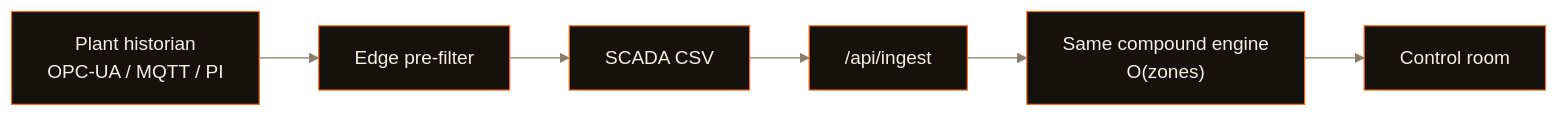
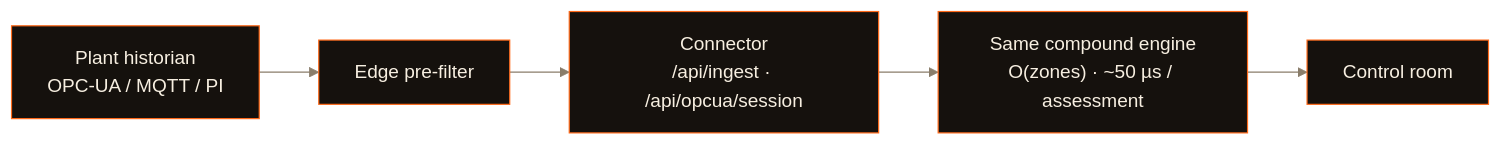
Before and after one commit to SaudSatopay/trinetra: the eighth of 8 diagrams in README.md, drawn with Mermaid. The commit also changed other lines of this file, not shown here.

First line of the commit message:
Polish the README: surface measured perf + fleet economics, fix the route count, add diagrams

````diff
--- a/README.md
+++ b/README.md
@@ -276,5 +389,5 @@
 ```mermaid
 %%{init: {'theme':'base','themeVariables':{'primaryColor':'#15110d','primaryTextColor':'#f7efe1','primaryBorderColor':'#ff6a1a','lineColor':'#8a7d6a','fontFamily':'ui-monospace, monospace'}}}%%
 flowchart LR
-  H["Plant historian<br/>OPC-UA / MQTT / PI"] --> E["Edge pre-filter"] --> C["SCADA CSV"] --> I["/api/ingest"] --> EN["Same compound engine<br/>O(zones)"] --> UI["Control room"]
+  H["Plant historian<br/>OPC-UA / MQTT / PI"] --> E["Edge pre-filter"] --> C["Connector<br/>/api/ingest · /api/opcua/session"] --> EN["Same compound engine<br/>O(zones) · ~50 µs / assessment"] --> UI["Control room"]
 ```
````
